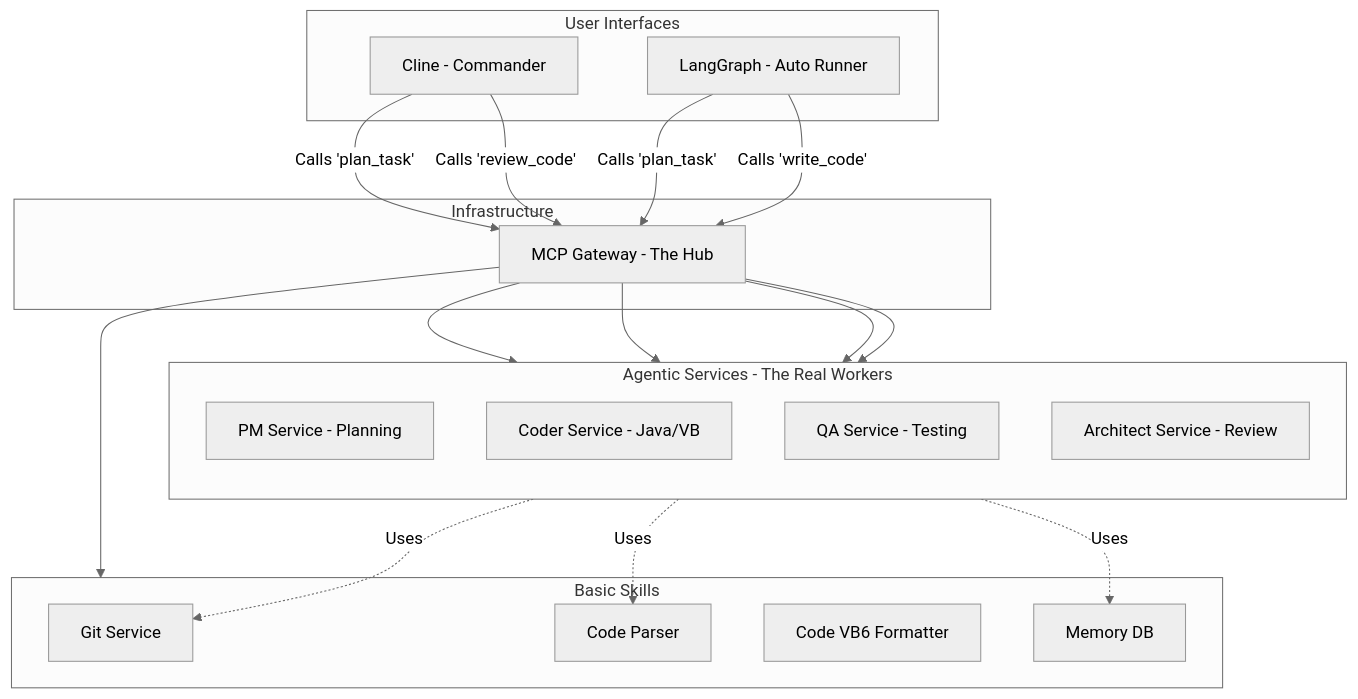
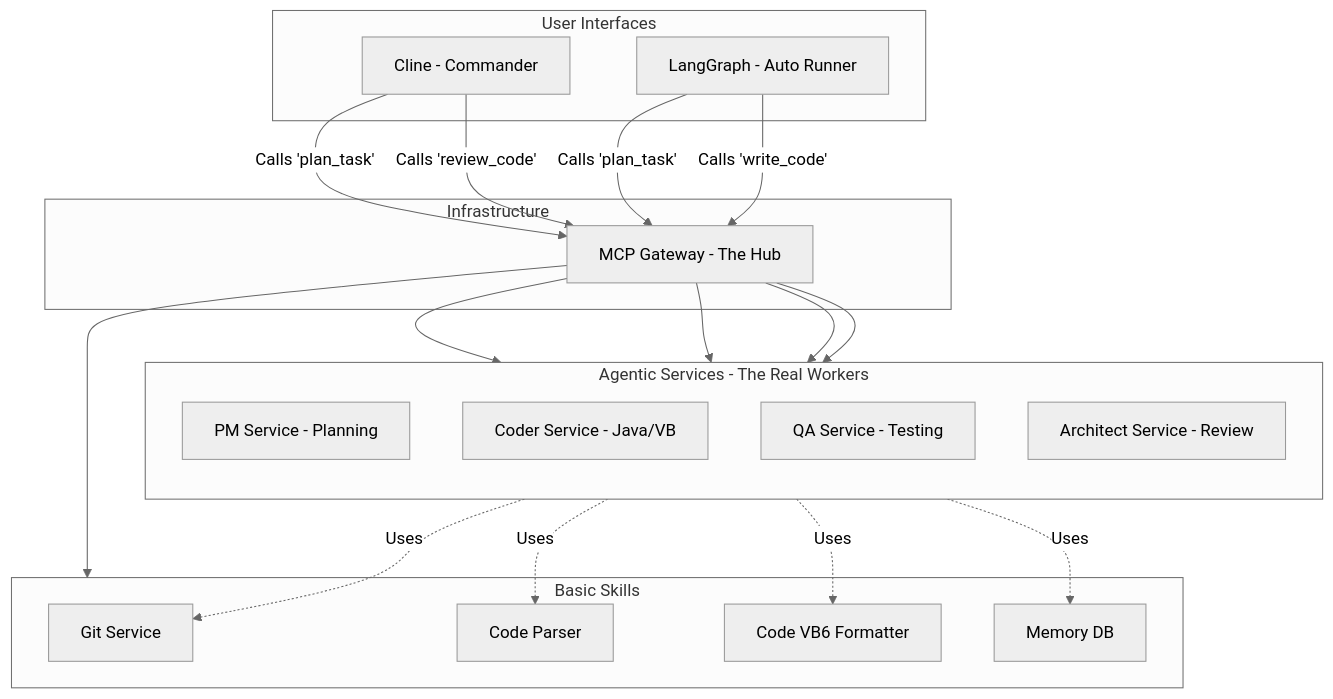
One commit to wmwang/ai_coding_agent changed the first of 2 diagrams in docs/custom_agent_design.md. Above: the diagram before and after it, drawn with Mermaid (neutral theme).

````diff
--- a/docs/custom_agent_design.md
+++ b/docs/custom_agent_design.md
@@ -18,46 +18,47 @@
 ```mermaid
 flowchart TD
     subgraph Users [User Interfaces]
         Cline[Cline - Commander]
         AutoScript[LangGraph - Auto Runner]
     end
 
     subgraph Router [Infrastructure]
         Gateway[MCP Gateway - The Hub]
     end
 
     subgraph Services [Agentic Services - The Real Workers]
         direction TB
         PM_Service[PM Service - Planning]
         Dev_Service[Coder Service - Java/VB]
         QA_Service[QA Service - Testing]
         Arch_Service[Architect Service - Review]
     end
 
     subgraph BasicTools [Basic Skills]
         Git[Git Service]
         Parser[Code Parser]
         Format[Code VB6 Formatter]
         DB[Memory DB]
     end
 
     %% Cline Calls
     Cline -->|Calls 'plan_task'| Gateway
     Cline -->|Calls 'review_code'| Gateway
 
     %% LangGraph Calls
     AutoScript -->|Calls 'plan_task'| Gateway
     AutoScript -->|Calls 'write_code'| Gateway
     
     %% Gateway Routing
     Gateway --> PM_Service
     Gateway --> Dev_Service
     Gateway --> QA_Service
     Gateway --> Arch_Service
     Gateway --> BasicTools
 
     %% Services use Basic Tools
     PM_Service -.->|Uses| DB
     Dev_Service -.->|Uses| Parser
+    Dev_Service -.->|Uses| Format
     Dev_Service -.->|Uses| Git
 ```
````
